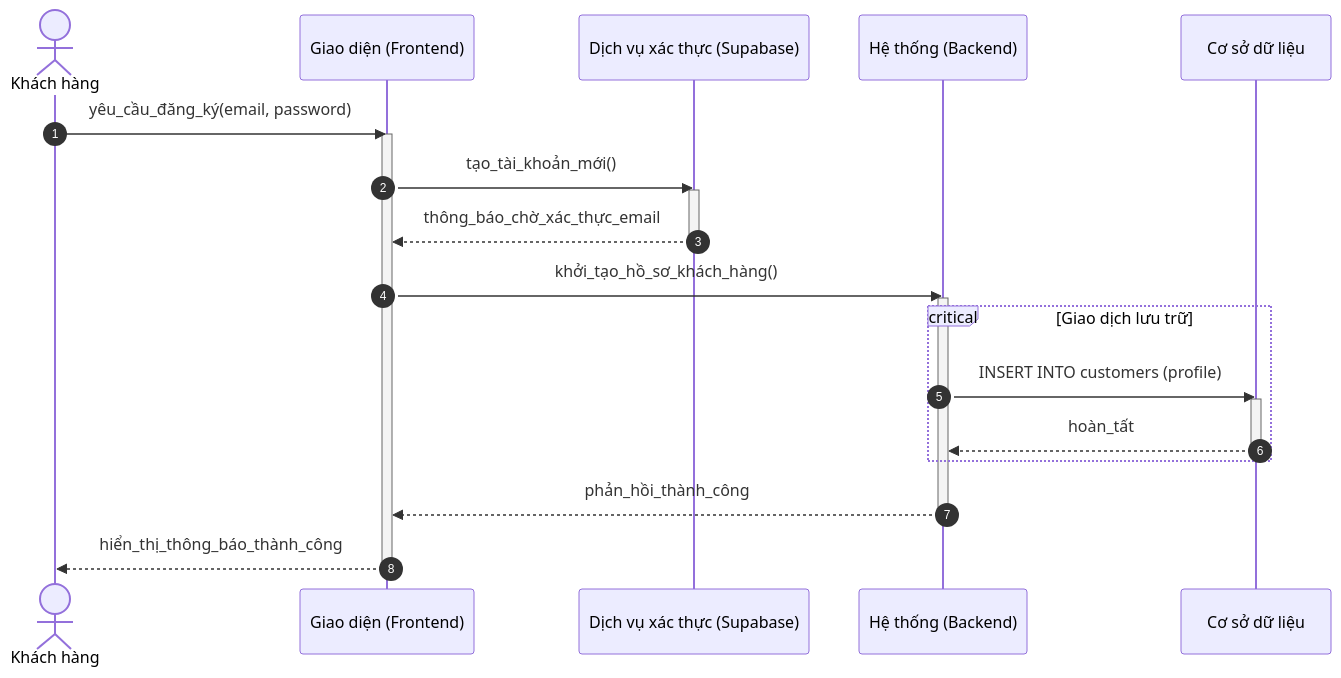
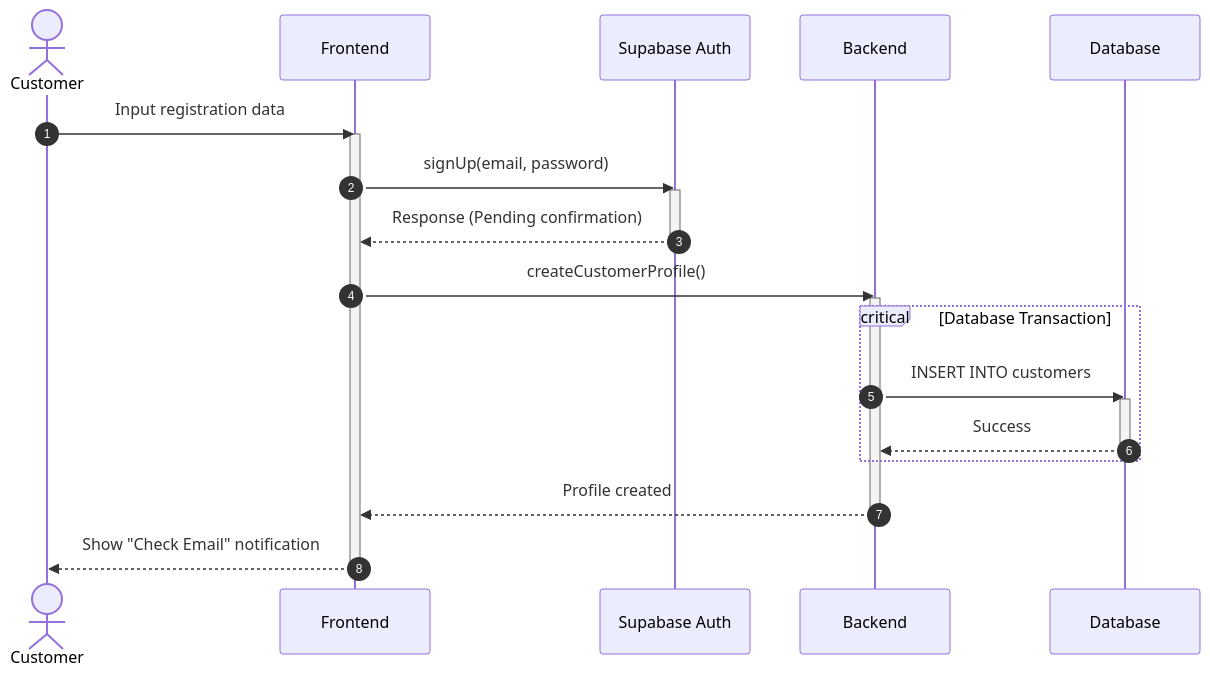
One commit to ngoctinn/Synapse changed the first of 5 diagrams in docs/design/sequences_simplified/authentication.md. Above: the diagram before and after it, drawn with Mermaid. The commit also changed other lines of this file and 4 other files, not shown here.

Commit message:
feat: add simplified sequence diagrams for authentication and core user flows.

````diff
--- a/docs/design/sequences_simplified/authentication.md
+++ b/docs/design/sequences_simplified/authentication.md
@@ -9,30 +7,30 @@
 ```mermaid
 sequenceDiagram
     autonumber
-    actor KH as Khách hàng
-    participant FE as Giao diện (Frontend)
-    participant SUPA as Dịch vụ xác thực (Supabase)
-    participant BE as Hệ thống (Backend)
-    participant DB as Cơ sở dữ liệu
+    actor User as Customer
+    participant FE as Frontend
+    participant Auth as Supabase Auth
+    participant BE as Backend
+    participant DB as Database
 
-    KH->>FE: yêu_cầu_đăng_ký(email, password)
+    User->>FE: Input registration data
     activate FE
-    FE->>SUPA: tạo_tài_khoản_mới()
-    activate SUPA
-    SUPA-->>FE: thông_báo_chờ_xác_thực_email
-    deactivate SUPA
+    FE->>Auth: signUp(email, password)
+    activate Auth
+    Auth-->>FE: Response (Pending confirmation)
+    deactivate Auth
 
-    FE->>BE: khởi_tạo_hồ_sơ_khách_hàng()
+    FE->>BE: createCustomerProfile()
     activate BE
-    critical Giao dịch lưu trữ
-        BE->>DB: INSERT INTO customers (profile)
+    critical Database Transaction
+        BE->>DB: INSERT INTO customers
         activate DB
-        DB-->>BE: hoàn_tất
+        DB-->>BE: Success
         deactivate DB
     end
-    BE-->>FE: phản_hồi_thành_công
+    BE-->>FE: Profile created
     deactivate BE
 
-    FE-->>KH: hiển_thị_thông_báo_thành_công
+    FE-->>User: Show "Check Email" notification
     deactivate FE
 ```
````
